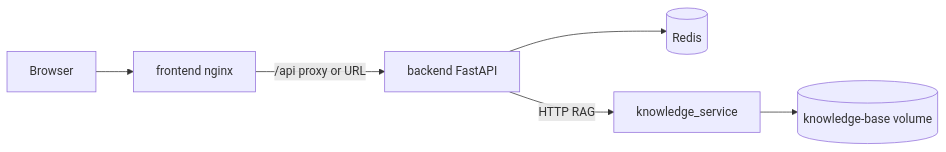
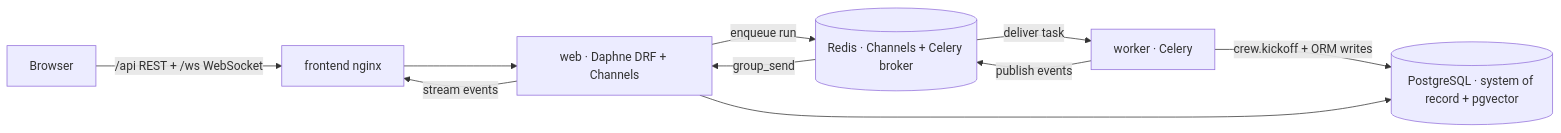
Before and after one commit to TarzEH/RedWeaver: the diagram in docs/ARCHITECTURE.md, drawn with Mermaid. The commit also changed other lines of this file and 16 other files, not shown here.

First line of the commit message:
docs: refresh README + ARCHITECTURE for Django/Postgres/pgvector stack

````diff
--- a/docs/ARCHITECTURE.md
+++ b/docs/ARCHITECTURE.md
@@ -73,15 +102,19 @@
 ```mermaid
 flowchart LR
   browser[Browser]
   fe[frontend nginx]
-  api[backend FastAPI]
-  redis[(Redis)]
-  ks[knowledge_service]
-  kb[(knowledge-base volume)]
+  web[web · Daphne DRF + Channels]
+  worker[worker · Celery]
+  pg[(PostgreSQL · system of record + pgvector)]
+  redis[(Redis · Channels + Celery broker)]
 
-  browser --> fe
-  fe -->|"/api proxy or URL"| api
-  api --> redis
-  api -->|HTTP RAG| ks
-  ks --> kb
+  browser -->|"/api REST + /ws WebSocket"| fe
+  fe --> web
+  web -->|enqueue run| redis
+  redis -->|deliver task| worker
+  worker -->|crew.kickoff + ORM writes| pg
+  worker -->|publish events| redis
+  redis -->|group_send| web
+  web -->|stream events| fe
+  web --> pg
 ```
````
